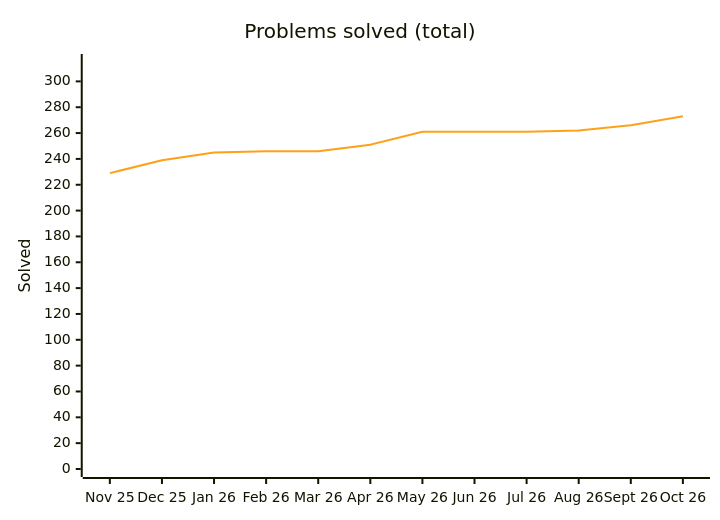
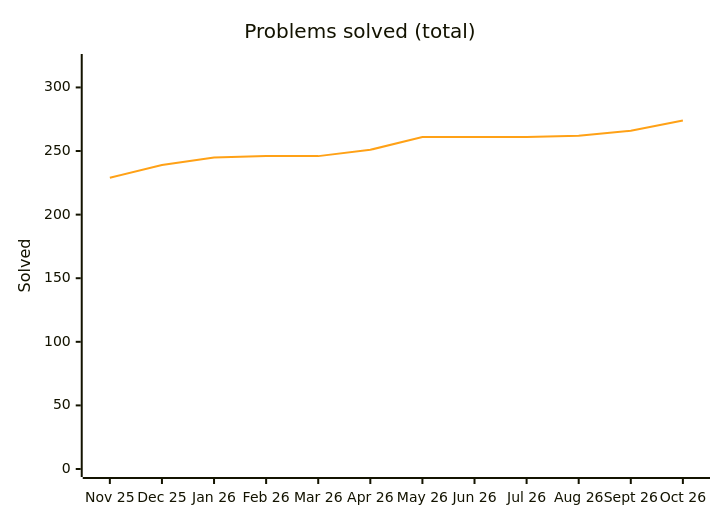
The diagram in README.md (samy-D5/Leetcode), drawn with Mermaid before and after one commit. The commit also changed other lines of this file and 4 other files, not shown here.

````diff
--- a/README.md
+++ b/README.md
@@ -42,8 +42,8 @@
 ```mermaid
 %%{init: {"themeVariables": {"xyChart": {"plotColorPalette": "#ffa116"}}}}%%
 xychart-beta
     title "Problems solved (total)"
     x-axis ["Nov 25", "Dec 25", "Jan 26", "Feb 26", "Mar 26", "Apr 26", "May 26", "Jun 26", "Jul 26", "Aug 26", "Sept 26", "Oct 26"]
-    y-axis "Solved" 0 --> 315
-    line [229, 239, 245, 246, 246, 251, 261, 261, 261, 262, 266, 273]
+    y-axis "Solved" 0 --> 320
+    line [229, 239, 245, 246, 246, 251, 261, 261, 261, 262, 266, 274]
 ```
````
